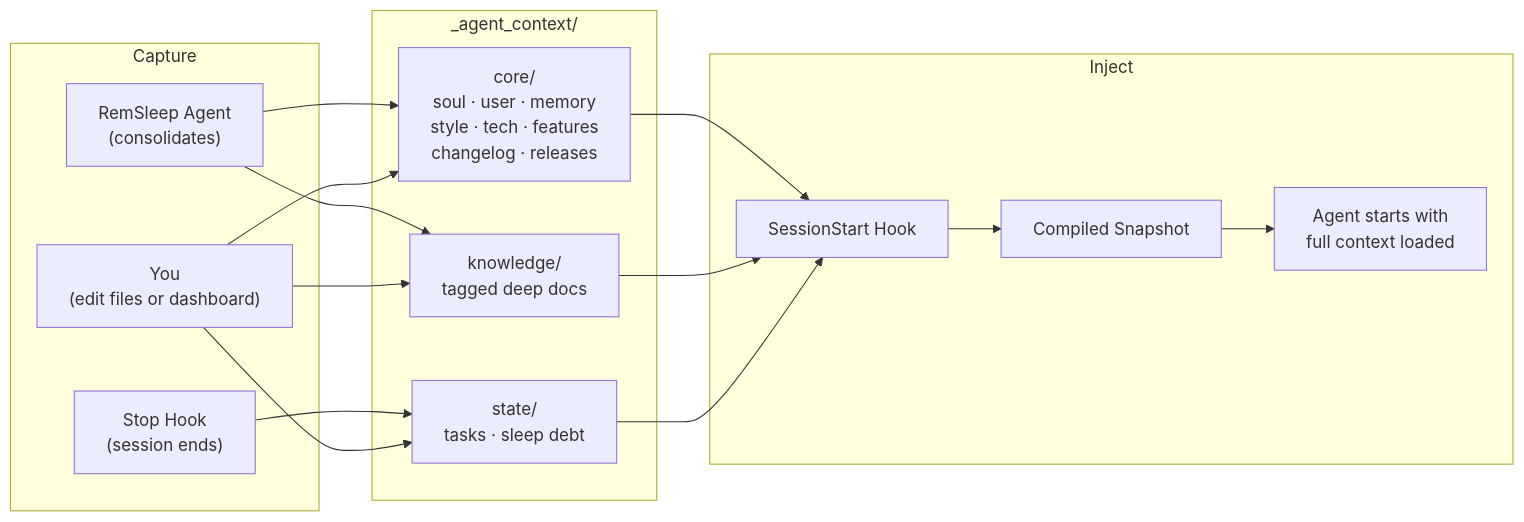
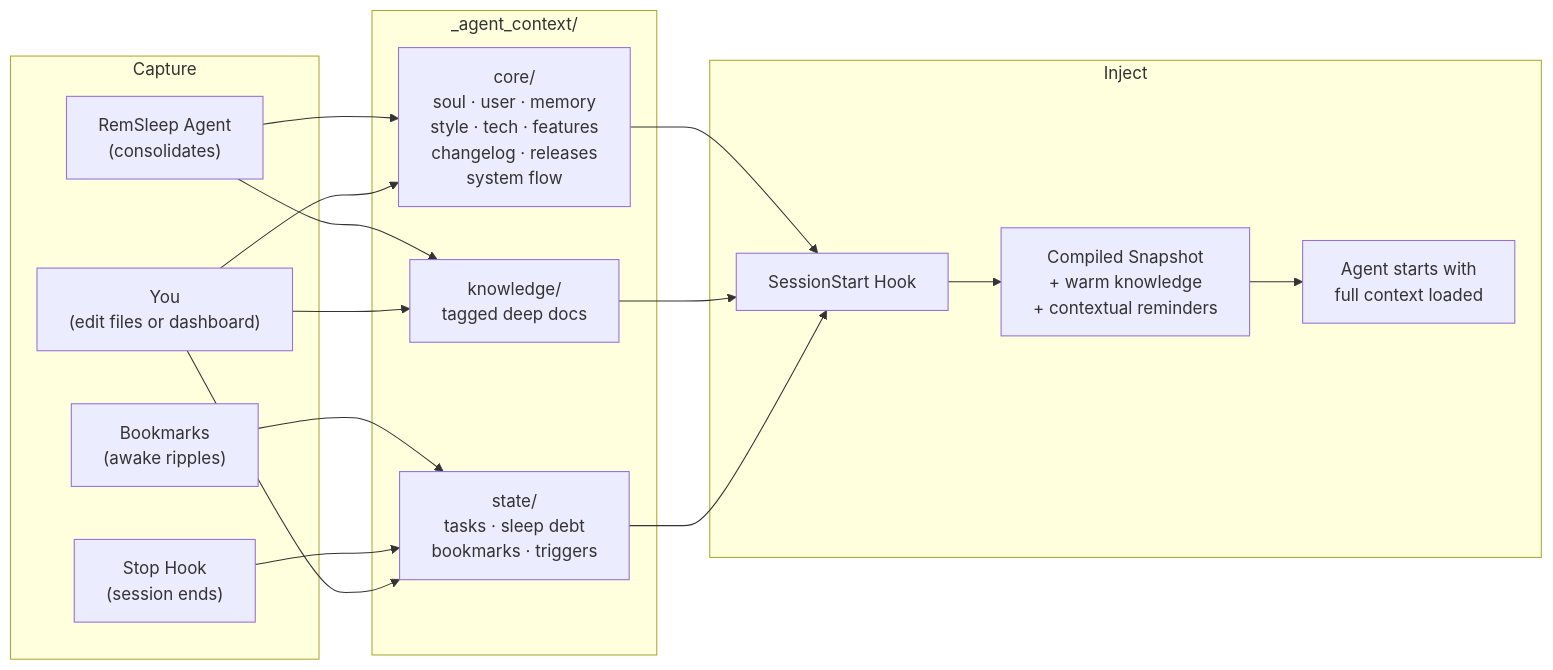
Before and after one commit to Sepi0l-brd/dreamcontext: the diagram in README.md, drawn with Mermaid. The commit also changed other lines of this file and 21 other files, not shown here.

First line of the commit message:
Implement neuroscience-inspired memory system with bookmarks and triggers

````diff
--- a/README.md
+++ b/README.md
@@ -52,33 +52,35 @@
 ```mermaid
 flowchart LR
     subgraph capture ["Capture"]
         STOP["Stop Hook\n(session ends)"]
+        BOOKMARK["Bookmarks\n(awake ripples)"]
         SLEEP["RemSleep Agent\n(consolidates)"]
         HUMAN["You\n(edit files or dashboard)"]
     end
 
     subgraph store ["_agent_context/"]
-        CORE["core/\nsoul · user · memory\nstyle · tech · features\nchangelog · releases"]
+        CORE["core/\nsoul · user · memory\nstyle · tech · features\nchangelog · releases\nsystem flow"]
         KNOWLEDGE["knowledge/\ntagged deep docs"]
-        STATE["state/\ntasks · sleep debt"]
+        STATE["state/\ntasks · sleep debt\nbookmarks · triggers"]
     end
 
     subgraph inject ["Inject"]
         SESSION["SessionStart Hook"]
-        SNAPSHOT["Compiled Snapshot"]
+        SNAPSHOT["Compiled Snapshot\n+ warm knowledge\n+ contextual reminders"]
         AGENT["Agent starts with\nfull context loaded"]
     end
 
+    BOOKMARK --> STATE
     STOP --> STATE
     SLEEP --> CORE
     SLEEP --> KNOWLEDGE
     HUMAN --> CORE
     HUMAN --> KNOWLEDGE
     HUMAN --> STATE
 
     CORE --> SESSION
     KNOWLEDGE --> SESSION
     STATE --> SESSION
     SESSION --> SNAPSHOT
     SNAPSHOT --> AGENT
 ```
````
